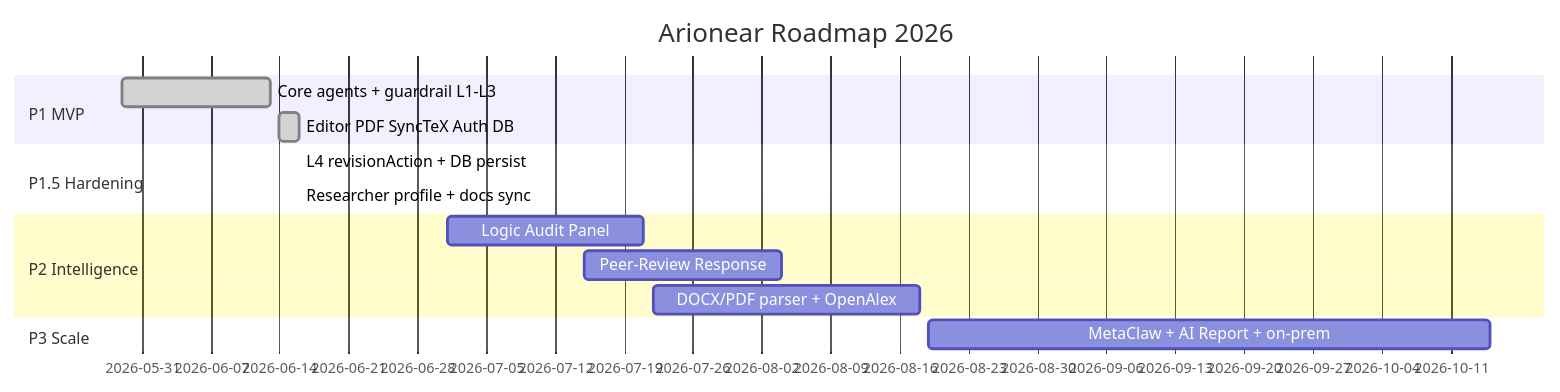
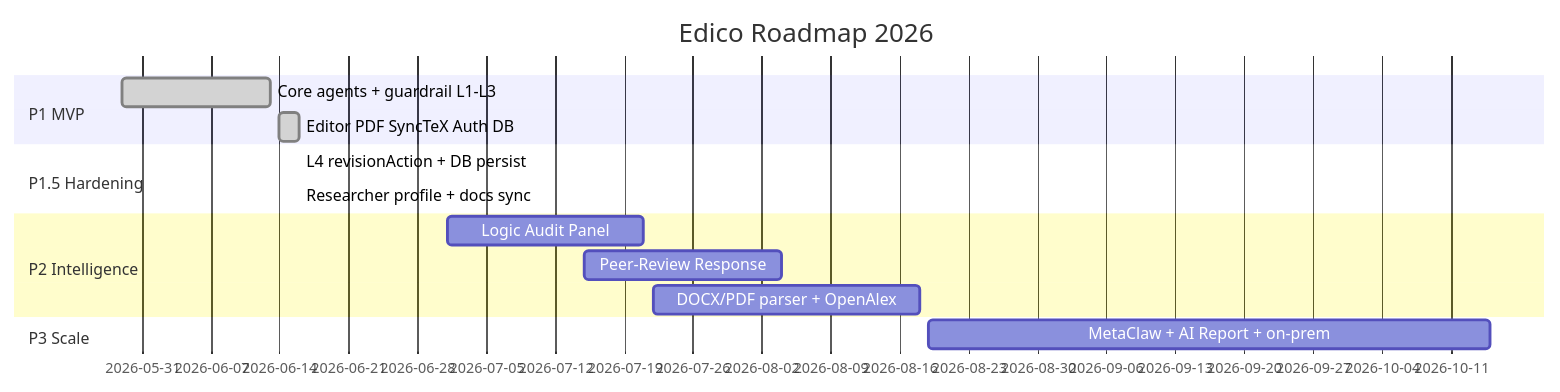
The second of 2 diagrams in ROADMAP.md (Tai-TZ/arionear-ai-paper-editor), drawn with Mermaid before and after one commit. The commit also changed other lines of this file and 199 other files, not shown here.

````diff
--- a/ROADMAP.md
+++ b/ROADMAP.md
@@ -289,17 +289,17 @@
 ```mermaid
 gantt
-    title Arionear Roadmap 2026
+    title Edico Roadmap 2026
     dateFormat YYYY-MM-DD
     section P1 MVP
     Core agents + guardrail L1-L3     :done, p1, 2026-05-29, 2026-06-13
     Editor PDF SyncTeX Auth DB        :done, p1b, 2026-06-14, 2026-06-16
     section P1.5 Hardening
     L4 revisionAction + DB persist    :done, p15, 2026-06-17, 2026-06-16
     Researcher profile + docs sync    :done, p15b, 2026-06-17, 2026-06-16
     section P2 Intelligence
     Logic Audit Panel                 :p2a, 2026-07-01, 2026-07-21
     Peer-Review Response              :p2b, 2026-07-15, 2026-08-04
     DOCX/PDF parser + OpenAlex        :p2c, 2026-07-22, 2026-08-18
     section P3 Scale
     MetaClaw + AI Report + on-prem    :p3, 2026-08-19, 2026-10-15
 ```
````
